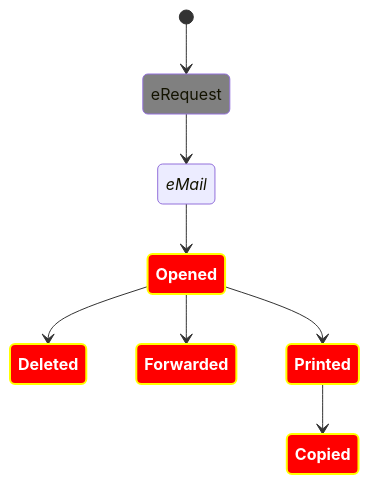
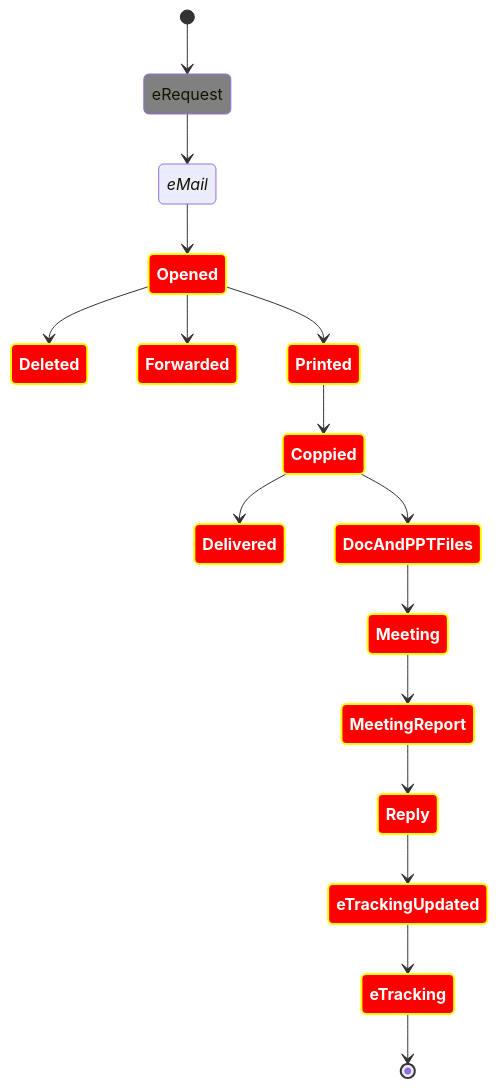
One commit to Kietpawpan/pdpa changed the seventh of 7 diagrams in README.md. Above: the diagram before and after it, drawn with Mermaid.

````diff
--- a/README.md
+++ b/README.md
@@ -141,19 +141,27 @@
 ```mermaid
 stateDiagram
    direction TB
 
    accTitle: e-Tracking Risk
    accDescr: This is an accessible description
 
    classDef notMoving fill:grey
    classDef movement font-style:italic;
    classDef badBadEvent fill:#f00,color:white,font-weight:bold,stroke-width:2px,stroke:yellow
 
    [*] --> eRequest:::notMoving
    eRequest--> eMail:::movement
    eMail --> Opened:::badBadEvent
 	Opened:::badBadEvent-->Deleted:::badBadEvent
 Opened:::badBadEvent-->Forwarded:::badBadEvent
    Opened:::badBadEvent --> Printed:::badBadEvent
-Printed:::badBadEvent-->Copied:::badBadEvent
+Printed:::badBadEvent-->Coppied:::badBadEvent
+Coppied:::badBadEvent-->Delivered:::badBadEvent
+Coppied:::badBadEvent-->DocAndPPTFiles:::badBadEvent
+DocAndPPTFiles:::badBadEvent-->Meeting:::badBadEvent
+Meeting:::badBadEvent-->MeetingReport:::badBadEvent
+MeetingReport:::badBadEvent-->Reply:::badBadEvent
+Reply:::badBadEvent-->eTrackingUpdated:::badBadEvent
+eTrackingUpdated:::badBadEvent-->eTracking:::badBadEvent
+eTracking:::badBadEvent-->[*]
 ```
````
